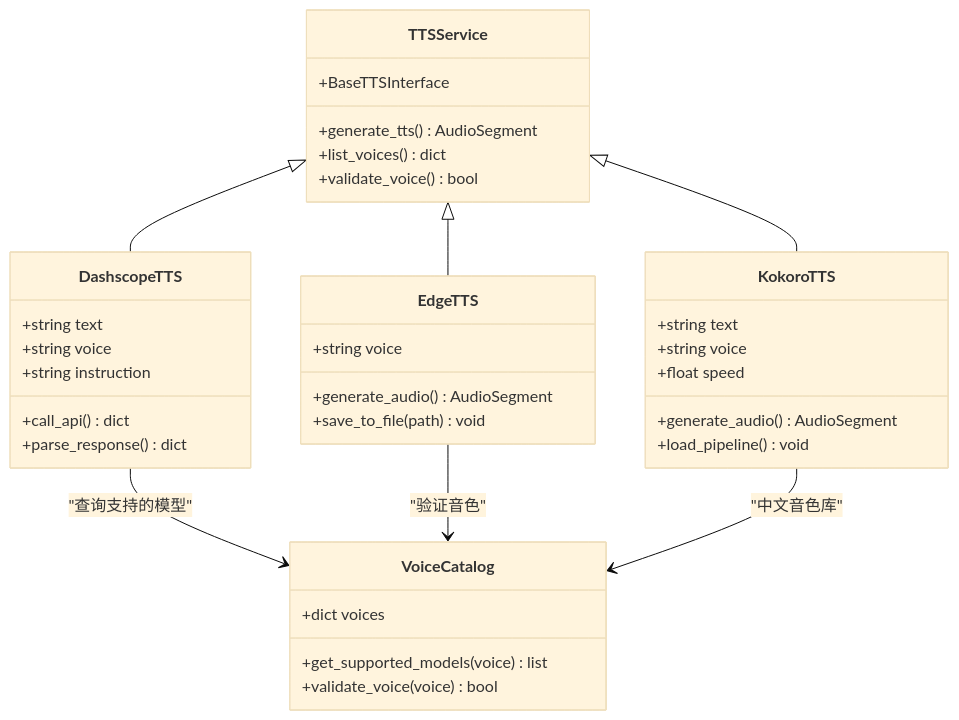
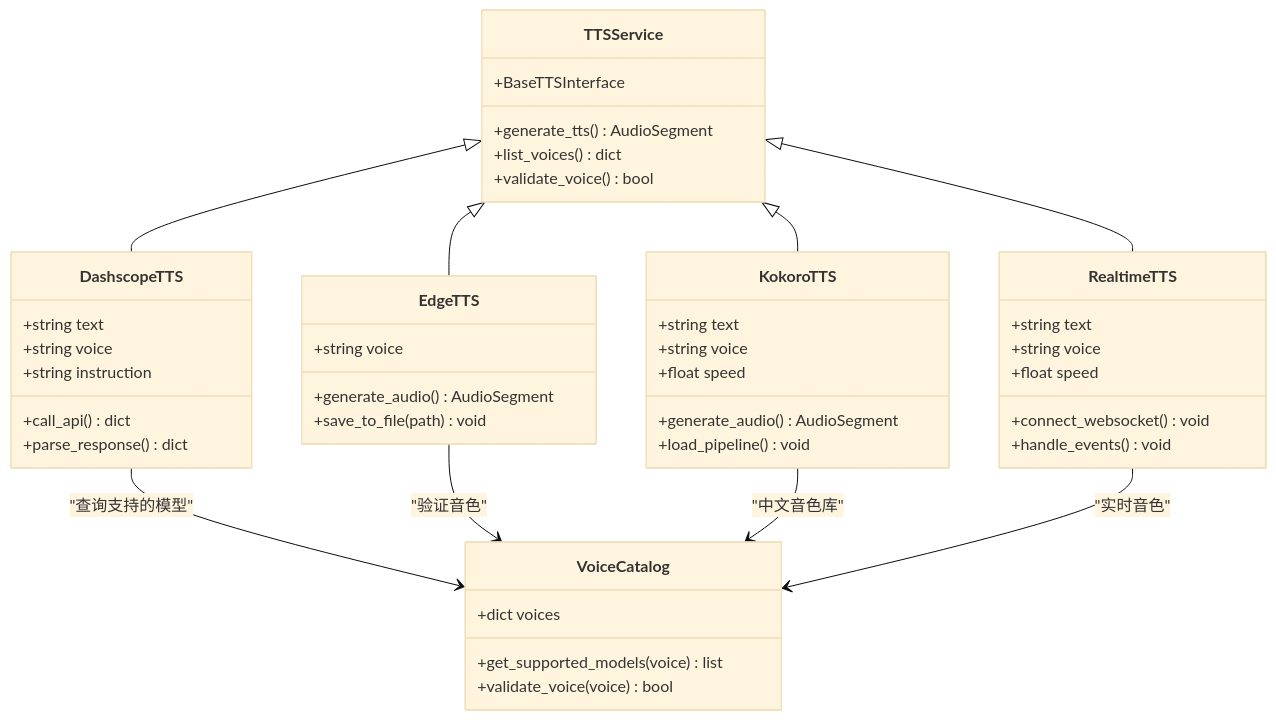
The sixth of 13 diagrams in .qoder/repowiki/zh/content/后端服务架构/后端服务架构.md (1024dashen/Vue3Speech), drawn with Mermaid (base theme) before and after one commit. The commit also changed other lines of this file and 9 other files, not shown here.

````diff
--- a/.qoder/repowiki/zh/content/后端服务架构/后端服务架构.md
+++ b/.qoder/repowiki/zh/content/后端服务架构/后端服务架构.md
@@ -320,39 +327,48 @@
 ```mermaid
 classDiagram
 class TTSService {
 +BaseTTSInterface
 +generate_tts() AudioSegment
 +list_voices() dict
 +validate_voice() bool
 }
 class DashscopeTTS {
 +string text
 +string voice
 +string instruction
 +call_api() dict
 +parse_response() dict
 }
 class EdgeTTS {
 +string voice
 +generate_audio() AudioSegment
 +save_to_file(path) void
 }
 class KokoroTTS {
 +string text
 +string voice
 +float speed
 +generate_audio() AudioSegment
 +load_pipeline() void
 }
+class RealtimeTTS {
++string text
++string voice
++float speed
++connect_websocket() void
++handle_events() void
+}
 class VoiceCatalog {
 +dict voices
 +get_supported_models(voice) list
 +validate_voice(voice) bool
 }
 TTSService <|-- DashscopeTTS
 TTSService <|-- EdgeTTS
 TTSService <|-- KokoroTTS
+TTSService <|-- RealtimeTTS
 DashscopeTTS --> VoiceCatalog : "查询支持的模型"
 EdgeTTS --> VoiceCatalog : "验证音色"
 KokoroTTS --> VoiceCatalog : "中文音色库"
+RealtimeTTS --> VoiceCatalog : "实时音色"
 ```
````
